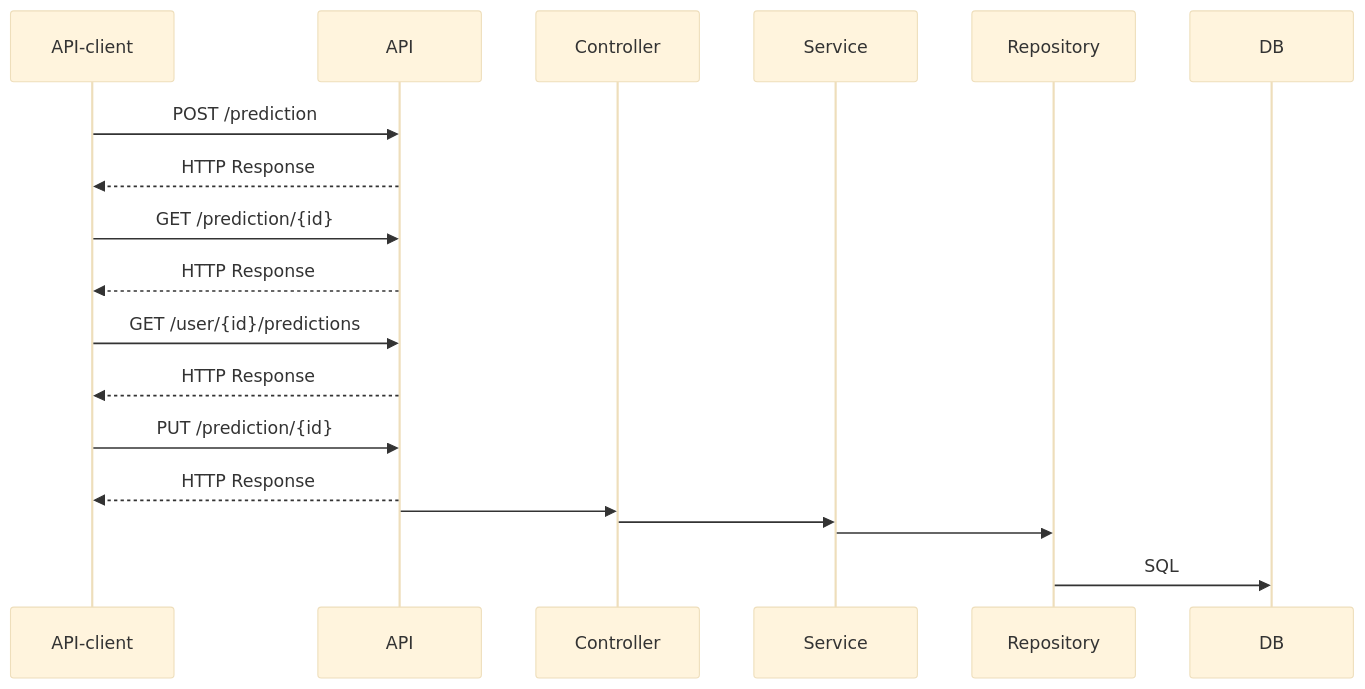
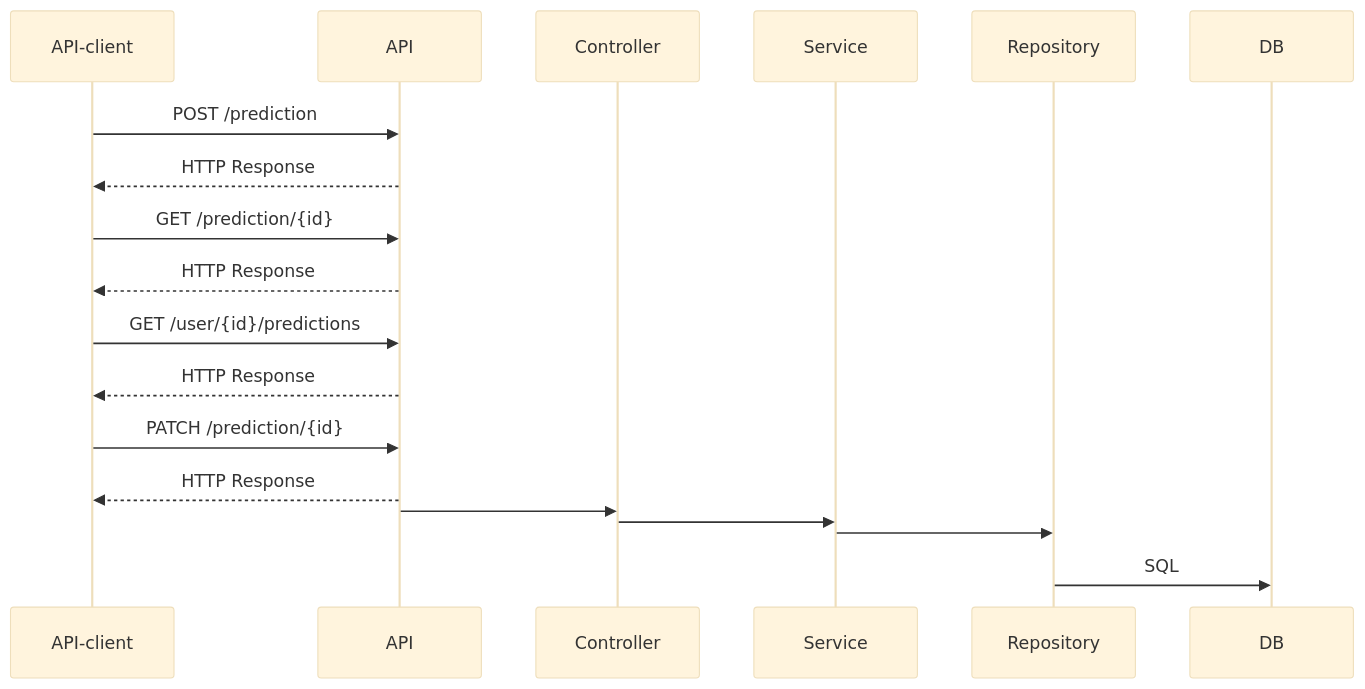
The first of 2 diagrams in README.md (arunbear/The-great-prediction-servcie), drawn with Mermaid (base theme) before and after one commit.

Commit message:
Fix HTTP method for updates

````diff
--- a/README.md
+++ b/README.md
@@ -62,15 +62,15 @@
 ```mermaid
 sequenceDiagram
     API-client->>API: POST /prediction
     API-->>API-client: HTTP Response
     API-client->>API: GET /prediction/{id}
     API-->>API-client: HTTP Response
     API-client->>API: GET /user/{id}/predictions
     API-->>API-client: HTTP Response
-    API-client->>API: PUT /prediction/{id}
+    API-client->>API: PATCH /prediction/{id}
     API-->>API-client: HTTP Response
     API->>Controller: 
     Controller->>Service: 
     Service->>Repository: 
     Repository->>DB: SQL
 ```
````
